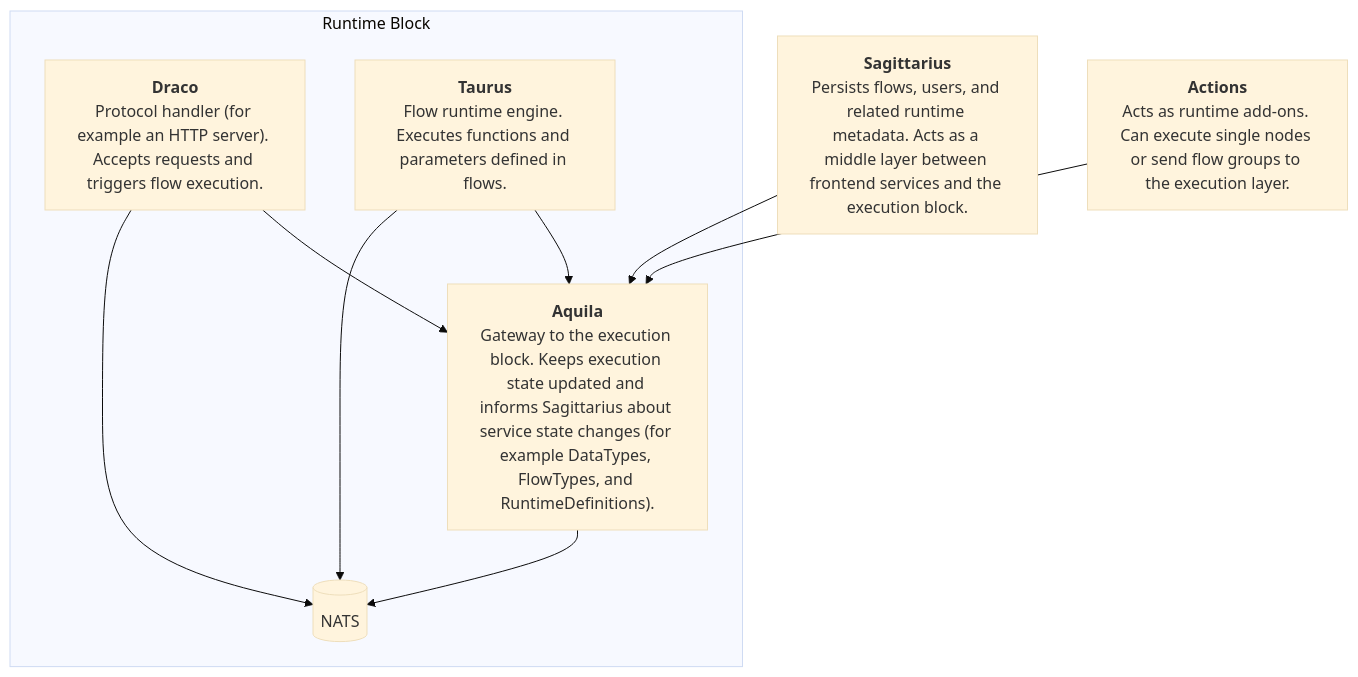
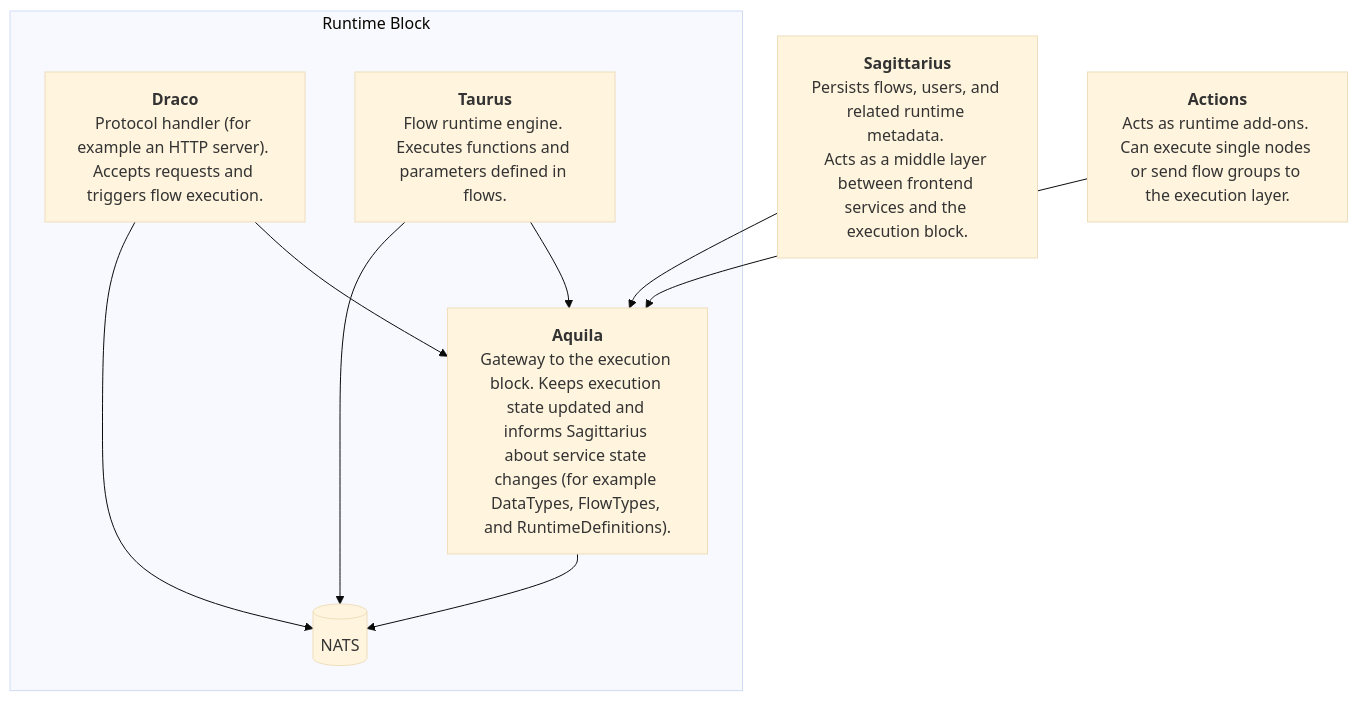
One commit to code0-tech/aquila changed the first of 2 diagrams in docs/Guides/dev.md. Above: the diagram before and after it, drawn with Mermaid (base theme). The commit also changed other lines of this file and 2 other files, not shown here.

Commit message:
ref: correct formatting for md

````diff
--- a/docs/Guides/dev.md
+++ b/docs/Guides/dev.md
@@ -31,34 +31,36 @@
 ```mermaid
 graph TD
 
 %% === Middle Layer ===
 Sagittarius["`**Sagittarius**
-Persists flows, users, and related runtime metadata. Acts as a middle layer between frontend services and the execution block.`"]
+Persists flows, users, and related runtime metadata. 
+Acts as a middle layer between frontend services and the execution block.`"]
 
 Actions["`**Actions**
 Acts as runtime add-ons. Can execute single nodes or send flow groups to the execution layer.`"]
 
 %% === Runtime / Execution Block ===
 subgraph ExecutionBlock["Runtime Block"]
   Aquila["`**Aquila**
-  Gateway to the execution block. Keeps execution state updated and informs Sagittarius about service state changes (for example DataTypes, FlowTypes, and RuntimeDefinitions).`"]
+  Gateway to the execution block. Keeps execution state updated and informs Sagittarius 
+about service state changes (for example DataTypes, FlowTypes, and RuntimeDefinitions).`"]
 
   Draco["`**Draco**
   Protocol handler (for example an HTTP server). Accepts requests and triggers flow execution.`"]
 
   Taurus["`**Taurus**
   Flow runtime engine. Executes functions and parameters defined in flows.`"]
 
   NATS[(NATS)]
 end
 
 %% === Connections ===
 Sagittarius --> Aquila
 Actions --> Aquila
 
 Draco --> Aquila
 Taurus --> Aquila
 Draco --> NATS
 Taurus --> NATS
 Aquila --> NATS
 ```
````
